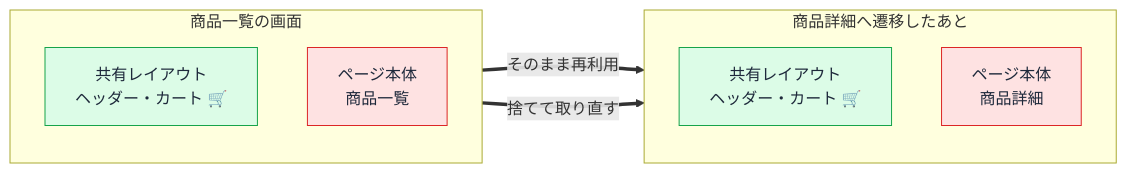
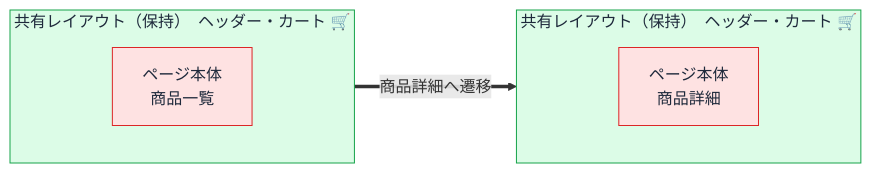
Before and after one commit to ozaki25/web-front-training-ozaki25: the diagram in docs/drafts/107/index.md, drawn with Mermaid.

Commit message:
107: 図を layout 枠の中に page 枠がある入れ子構造に変更

````diff
--- a/docs/drafts/107/index.md
+++ b/docs/drafts/107/index.md
@@ -42,17 +42,13 @@
 ```mermaid
 flowchart LR
-    subgraph s1["商品一覧の画面"]
-        direction TB
-        A["共有レイアウト<br/>ヘッダー・カート 🛒"]:::keep
-        B["ページ本体<br/>商品一覧"]:::fresh
+    subgraph L1["共有レイアウト（保持）　ヘッダー・カート 🛒"]
+        P1["ページ本体<br/>商品一覧"]:::fresh
     end
-    subgraph s2["商品詳細へ遷移したあと"]
-        direction TB
-        C["共有レイアウト<br/>ヘッダー・カート 🛒"]:::keep
-        D["ページ本体<br/>商品詳細"]:::fresh
+    subgraph L2["共有レイアウト（保持）　ヘッダー・カート 🛒"]
+        P2["ページ本体<br/>商品詳細"]:::fresh
     end
-    A ==>|そのまま再利用| C
-    B ==>|捨てて取り直す| D
-    classDef keep fill:#dcfce7,color:#1e293b,stroke:#16a34a
+    L1 ==>|商品詳細へ遷移| L2
+    style L1 fill:#dcfce7,color:#1e293b,stroke:#16a34a
+    style L2 fill:#dcfce7,color:#1e293b,stroke:#16a34a
     classDef fresh fill:#fee2e2,color:#1e293b,stroke:#dc2626
 ```
````
